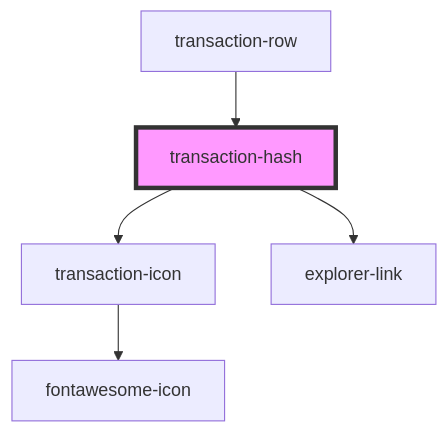
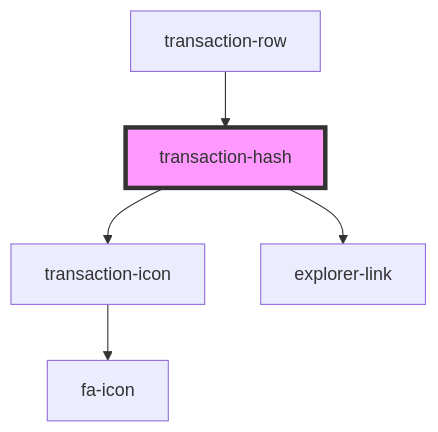
Before and after one commit to multiversx/mx-sdk-dapp-ui: the diagram in src/components/transactions-table/components/transaction-hash/readme.md, drawn with Mermaid. The commit also changed 29 other files, not shown here.

````diff
--- a/src/components/transactions-table/components/transaction-hash/readme.md
+++ b/src/components/transactions-table/components/transaction-hash/readme.md
@@ -28,8 +28,8 @@
 ```mermaid
 graph TD;
   transaction-hash --> transaction-icon
   transaction-hash --> explorer-link
-  transaction-icon --> fontawesome-icon
+  transaction-icon --> fa-icon
   transaction-row --> transaction-hash
   style transaction-hash fill:#f9f,stroke:#333,stroke-width:4px
 ```
````
